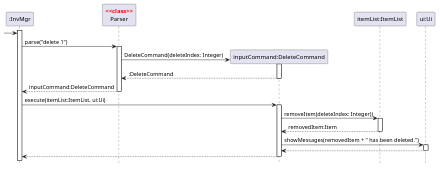
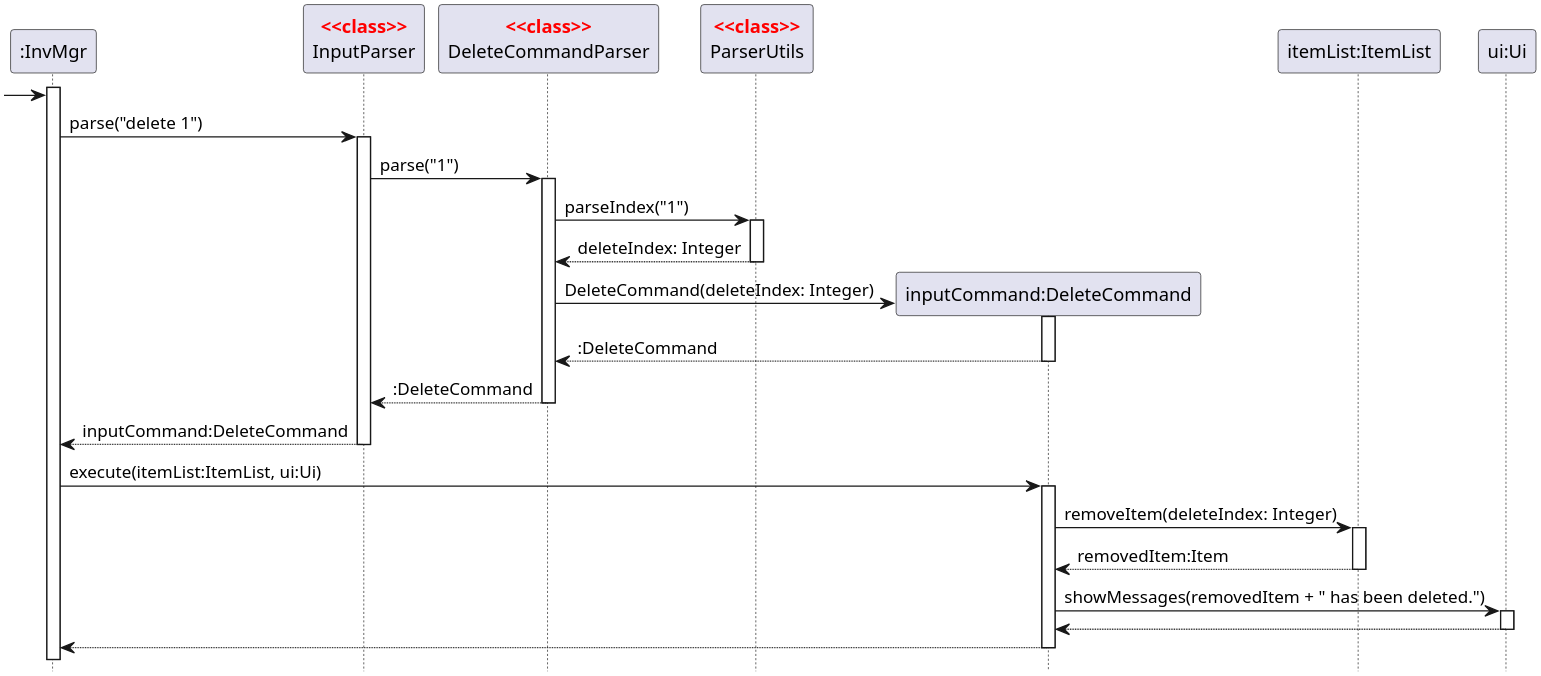
One commit to nus-cs2113-AY2122S2/tp changed the diagram in docs/diagrams/DeleteCommandSequenceDiagram.puml. Above: the diagram before and after it, drawn with PlantUML. The commit also changed 5 other files, not shown here.

```diff
--- a/docs/diagrams/DeleteCommandSequenceDiagram.puml
+++ b/docs/diagrams/DeleteCommandSequenceDiagram.puml
@@ -1,40 +1,53 @@
 @startuml
 'https://plantuml.com/sequence-diagram
 hide footbox
 
 skinparam guillemet false
 skinparam sequenceStereotypeFontColor red
 skinparam sequenceStereotypeFontStyle bold
+skinparam dpi 300
 
 Participant ":InvMgr" as invmgr
-Participant "Parser" as parser <<class>>
+Participant "InputParser" as input <<class>>
+Participant "DeleteCommandParser" as parser <<class>>
+Participant "ParserUtils" as utils <<class>>
 Participant "inputCommand:DeleteCommand" as cmd
 Participant "itemList:ItemList" as itemlist
 Participant "ui:Ui" as ui
 
 activate invmgr
 
 -> invmgr
-invmgr -> parser:parse("delete 1")
+invmgr -> input:parse("delete 1")
+activate input
+
+input -> parser:parse("1")
 activate parser
+
+parser -> utils:parseIndex("1")
+activate utils
+
+return deleteIndex: Integer
 
 create cmd
 parser -> cmd:DeleteCommand(deleteIndex: Integer)
 activate cmd
+return :DeleteCommand
+
 return :DeleteCommand
 
 return inputCommand:DeleteCommand
 
 invmgr -> cmd:execute(itemList:ItemList, ui:Ui)
 activate cmd
 
-cmd -> itemlist:removeItem(deleteIndex: Integer))
+cmd -> itemlist:removeItem(deleteIndex: Integer)
 activate itemlist
 return removedItem:Item
 
 cmd -> ui:showMessages(removedItem + " has been deleted.")
 activate ui
 return
 
 return
 @enduml
```
